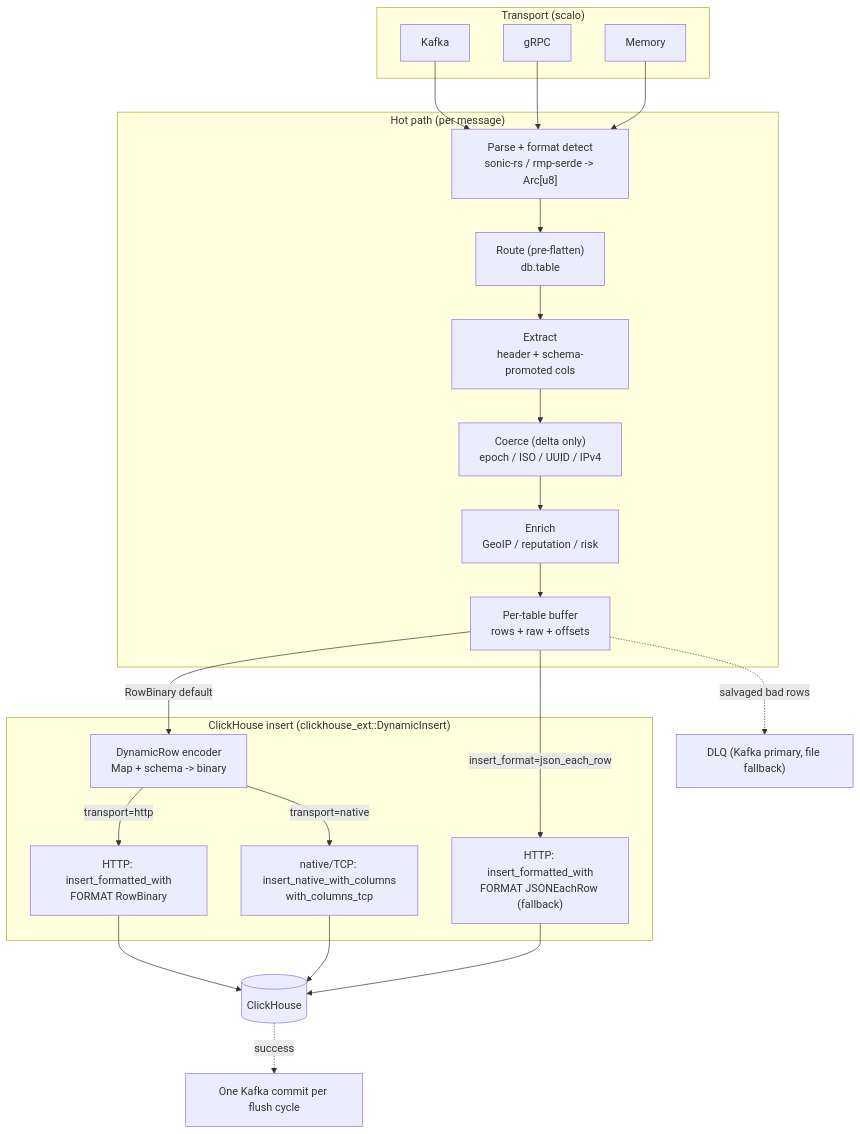
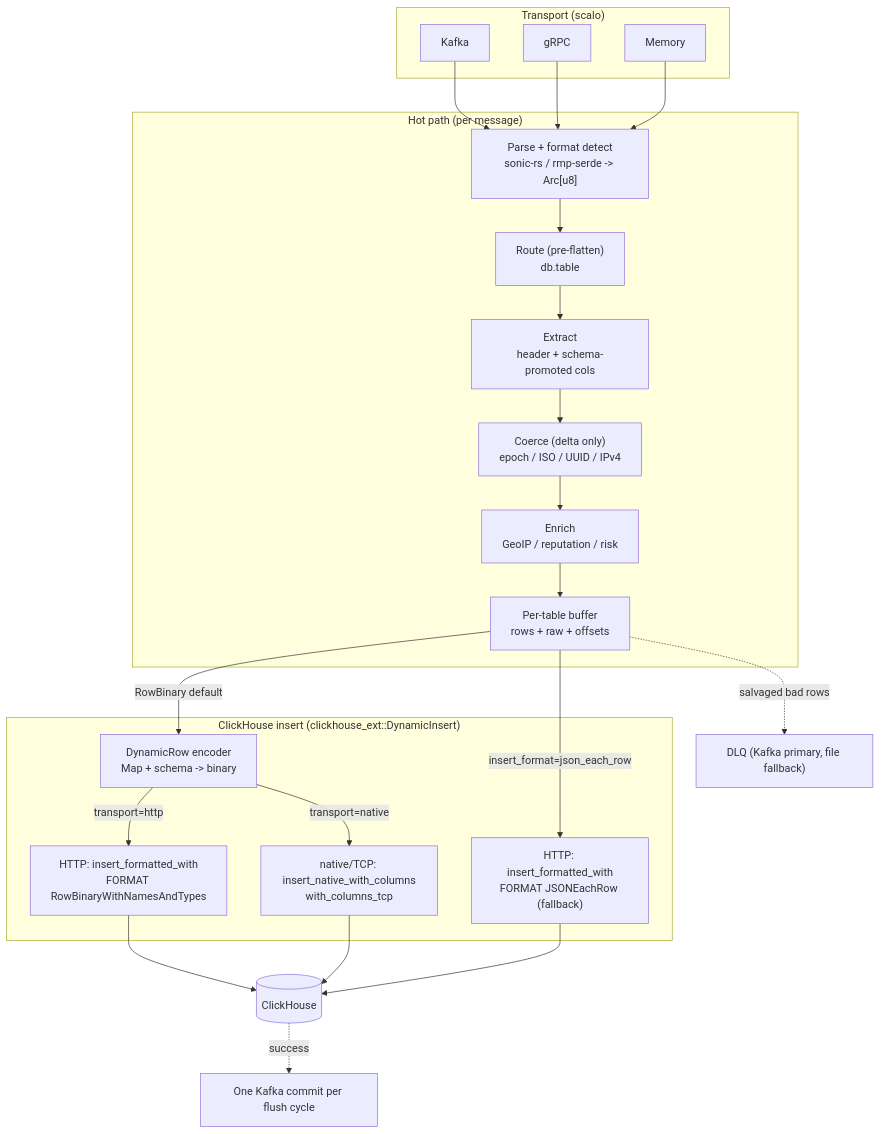
The diagram in docs/README.md (hyperi-io/dfe-loader), drawn with Mermaid before and after one commit. The commit also changed 9 other files, not shown here.

````diff
--- a/docs/README.md
+++ b/docs/README.md
@@ -42,35 +42,35 @@
 ```mermaid
 flowchart TB
     subgraph Ingress["Transport (scalo)"]
         K["Kafka"]
         G["gRPC"]
         M["Memory"]
     end
 
     subgraph Hot["Hot path (per message)"]
         P["Parse + format detect<br/>sonic-rs / rmp-serde -> Arc[u8]"]
         R["Route (pre-flatten)<br/>db.table"]
         X["Extract<br/>header + schema-promoted cols"]
         C["Coerce (delta only)<br/>epoch / ISO / UUID / IPv4"]
         E["Enrich<br/>GeoIP / reputation / risk"]
         B["Per-table buffer<br/>rows + raw + offsets"]
     end
 
     subgraph Sink["ClickHouse insert (clickhouse_ext::DynamicInsert)"]
         CE["DynamicRow encoder<br/>Map + schema -> binary"]
-        HTTP["HTTP: insert_formatted_with<br/>FORMAT RowBinary"]
+        HTTP["HTTP: insert_formatted_with<br/>FORMAT RowBinaryWithNamesAndTypes"]
         TCP["native/TCP: insert_native_with_columns<br/>with_columns_tcp"]
         JF["HTTP: insert_formatted_with<br/>FORMAT JSONEachRow (fallback)"]
     end
 
     CH[("ClickHouse")]
     DLQ["DLQ (Kafka primary, file fallback)"]
 
     K & G & M --> P --> R --> X --> C --> E --> B
     B -->|RowBinary default| CE
     CE -->|transport=http| HTTP --> CH
     CE -->|transport=native| TCP --> CH
     B -->|insert_format=json_each_row| JF --> CH
     B -.salvaged bad rows.-> DLQ
     CH -.success.-> Commit["One Kafka commit per flush cycle"]
 ```
````
